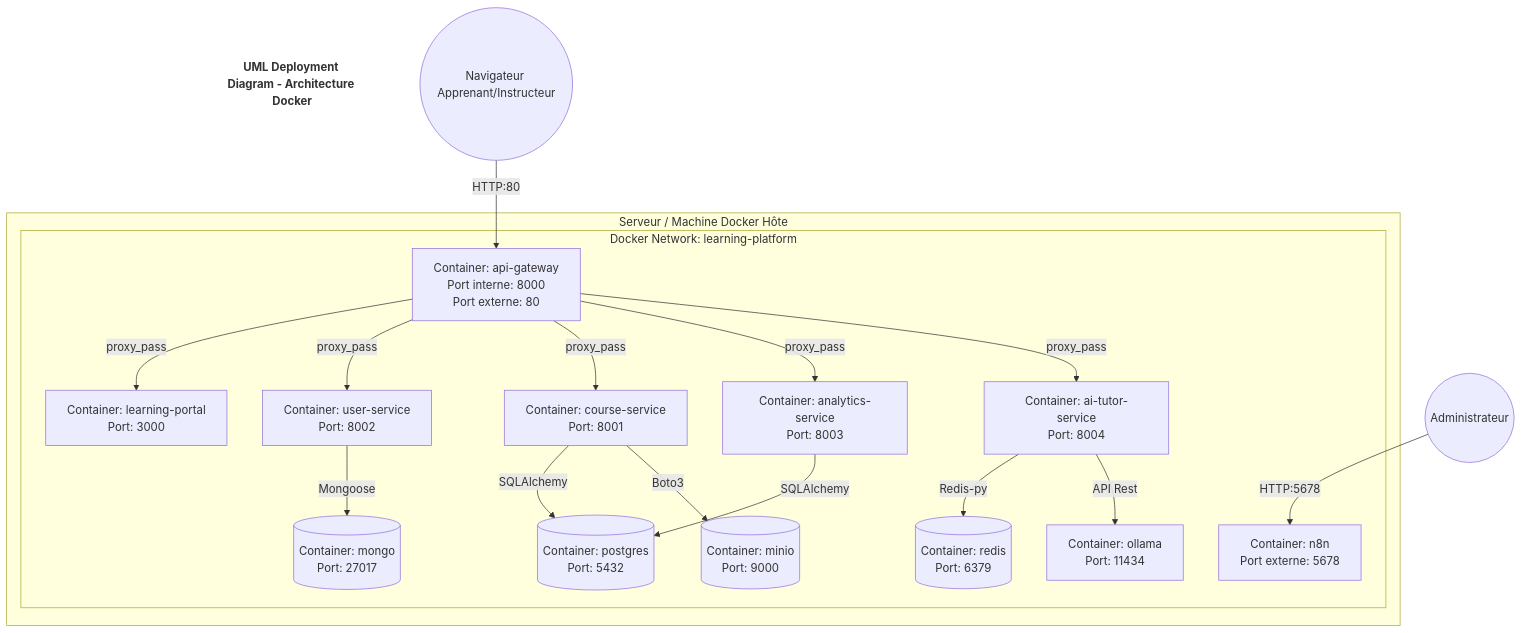
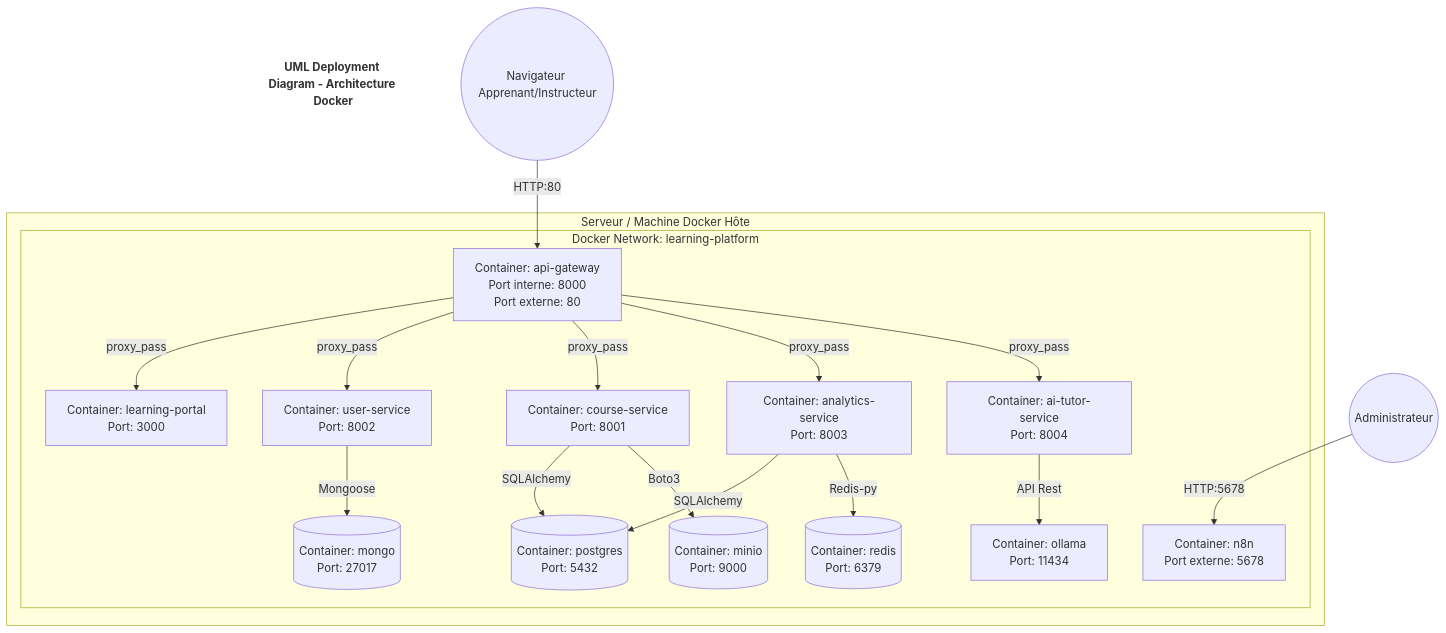
The seventh of 7 diagrams in architecture.md (Sen-Se1/elearning-microservice-platform), drawn with Mermaid before and after one commit. The commit also changed other lines of this file, not shown here.

Commit message:
docs: add C4 and UML architecture documentation for the microservice platform

````diff
--- a/architecture.md
+++ b/architecture.md
@@ -258,42 +258,42 @@
 ```mermaid
 flowchart TD
     title[UML Deployment Diagram - Architecture Docker]
     style title fill:none,stroke:none,font-weight:bold,font-size:16px
 
     subgraph Host[Serveur / Machine Docker Hôte]
         subgraph DockerNetwork[Docker Network: learning-platform]
             Gateway["Container: api-gateway<br/>Port interne: 8000<br/>Port externe: 80"]
             
             Frontend["Container: learning-portal<br/>Port: 3000"]
             
             UserSvc["Container: user-service<br/>Port: 8002"]
             CourseSvc["Container: course-service<br/>Port: 8001"]
             AnalyticsSvc["Container: analytics-service<br/>Port: 8003"]
             AITutorSvc["Container: ai-tutor-service<br/>Port: 8004"]
             N8N["Container: n8n<br/>Port externe: 5678"]
             
             Ollama["Container: ollama<br/>Port: 11434"]
             
             PG[("Container: postgres<br/>Port: 5432")]
             Mongo[("Container: mongo<br/>Port: 27017")]
             Redis[("Container: redis<br/>Port: 6379")]
             Minio[("Container: minio<br/>Port: 9000")]
         end
     end
     
     Client((Navigateur Apprenant/Instructeur)) -->|HTTP:80| Gateway
     Admin((Administrateur)) -->|HTTP:5678| N8N
     
     Gateway -->|proxy_pass| Frontend
     Gateway -->|proxy_pass| UserSvc
     Gateway -->|proxy_pass| CourseSvc
     Gateway -->|proxy_pass| AnalyticsSvc
     Gateway -->|proxy_pass| AITutorSvc
     
     UserSvc -->|Mongoose| Mongo
     CourseSvc -->|SQLAlchemy| PG
     CourseSvc -->|Boto3| Minio
     AnalyticsSvc -->|SQLAlchemy| PG
-    AITutorSvc -->|Redis-py| Redis
+    AnalyticsSvc -->|Redis-py| Redis
     AITutorSvc -->|API Rest| Ollama
 ```
````
